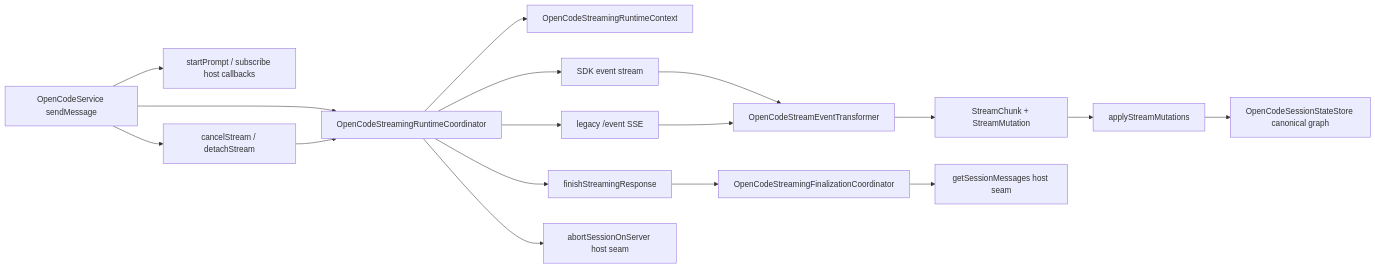
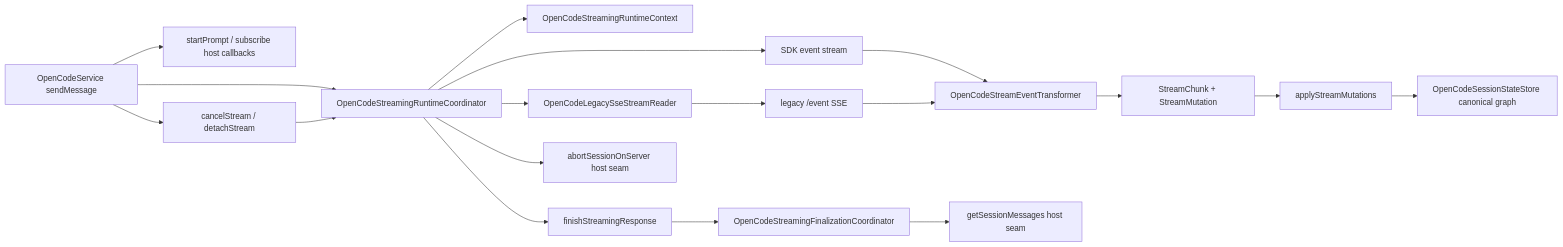
One commit to OCDcreator/opencodian changed the diagram in docs/modules/core/opencode/OpenCodeStreamingRuntimeCoordinator.md. Above: the diagram before and after it, drawn with Mermaid. The commit also changed other lines of this file and 9 other files, not shown here.

First line of the commit message:
Extract legacy SSE reader lifecycle into OpenCodeLegacySseStreamReader

````diff
--- a/docs/modules/core/opencode/OpenCodeStreamingRuntimeCoordinator.md
+++ b/docs/modules/core/opencode/OpenCodeStreamingRuntimeCoordinator.md
@@ -86,19 +88,20 @@
 ```mermaid
 graph LR
     A[OpenCodeService sendMessage] --> B[OpenCodeStreamingRuntimeCoordinator]
     A --> C[startPrompt / subscribe host callbacks]
     B --> D[OpenCodeStreamingRuntimeContext]
     B --> E[SDK event stream]
-    B --> F[legacy /event SSE]
+    B --> LR[OpenCodeLegacySseStreamReader]
+    LR --> F[legacy /event SSE]
     E --> G[OpenCodeStreamEventTransformer]
     F --> G
     G --> H[StreamChunk + StreamMutation]
     H --> M[applyStreamMutations]
     M --> N[OpenCodeSessionStateStore canonical graph]
     B --> I[finishStreamingResponse]
     I --> FC[OpenCodeStreamingFinalizationCoordinator]
     FC --> J[getSessionMessages host seam]
     A --> K[cancelStream / detachStream]
     K --> B
     B --> L[abortSessionOnServer host seam]
 ```
````
